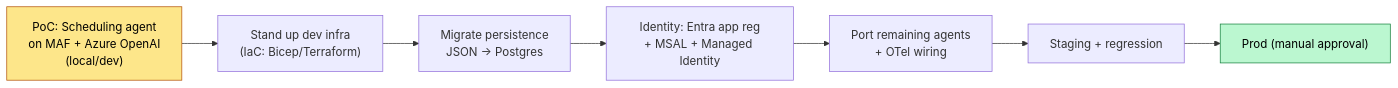
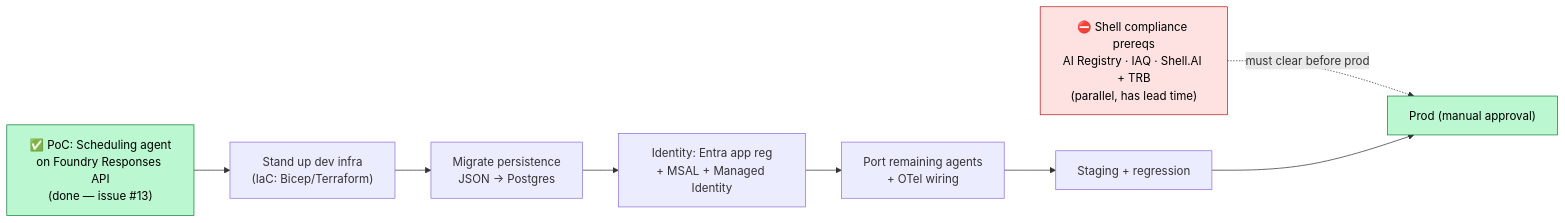
One commit to AdiVadgave/VendorPulse changed the seventh of 7 diagrams in msft-agentic-docs/DEPLOYMENT_ARCHITECTURE.md. Above: the diagram before and after it, drawn with Mermaid. The commit also changed other lines of this file and 3 other files, not shown here.

First line of the commit message:
docs: sync architecture package with Shell compliance + PoC outcome; add MAF onboarding guide

````diff
--- a/msft-agentic-docs/DEPLOYMENT_ARCHITECTURE.md
+++ b/msft-agentic-docs/DEPLOYMENT_ARCHITECTURE.md
@@ -253,15 +258,18 @@
 ```mermaid
 flowchart LR
-    P0["PoC: Scheduling agent<br/>on MAF + Azure OpenAI<br/>(local/dev)"]
+    PC["⛔ Shell compliance prereqs<br/>AI Registry · IAQ · Shell.AI + TRB<br/>(parallel, has lead time)"]
+    P0["✅ PoC: Scheduling agent<br/>on Foundry Responses API<br/>(done — issue #13)"]
     P1["Stand up dev infra<br/>(IaC: Bicep/Terraform)"]
     P2["Migrate persistence<br/>JSON → Postgres"]
     P3["Identity: Entra app reg<br/>+ MSAL + Managed Identity"]
     P4["Port remaining agents<br/>+ OTel wiring"]
     P5["Staging + regression"]
     P6["Prod (manual approval)"]
 
+    PC -.->|"must clear before prod"| P6
     P0 --> P1 --> P2 --> P3 --> P4 --> P5 --> P6
 
-    style P0 fill:#fde68a,stroke:#b45309,color:#000
+    style PC fill:#fee2e2,stroke:#b91c1c,color:#000
+    style P0 fill:#bbf7d0,stroke:#15803d,color:#000
     style P6 fill:#bbf7d0,stroke:#15803d,color:#000
 ```
````
